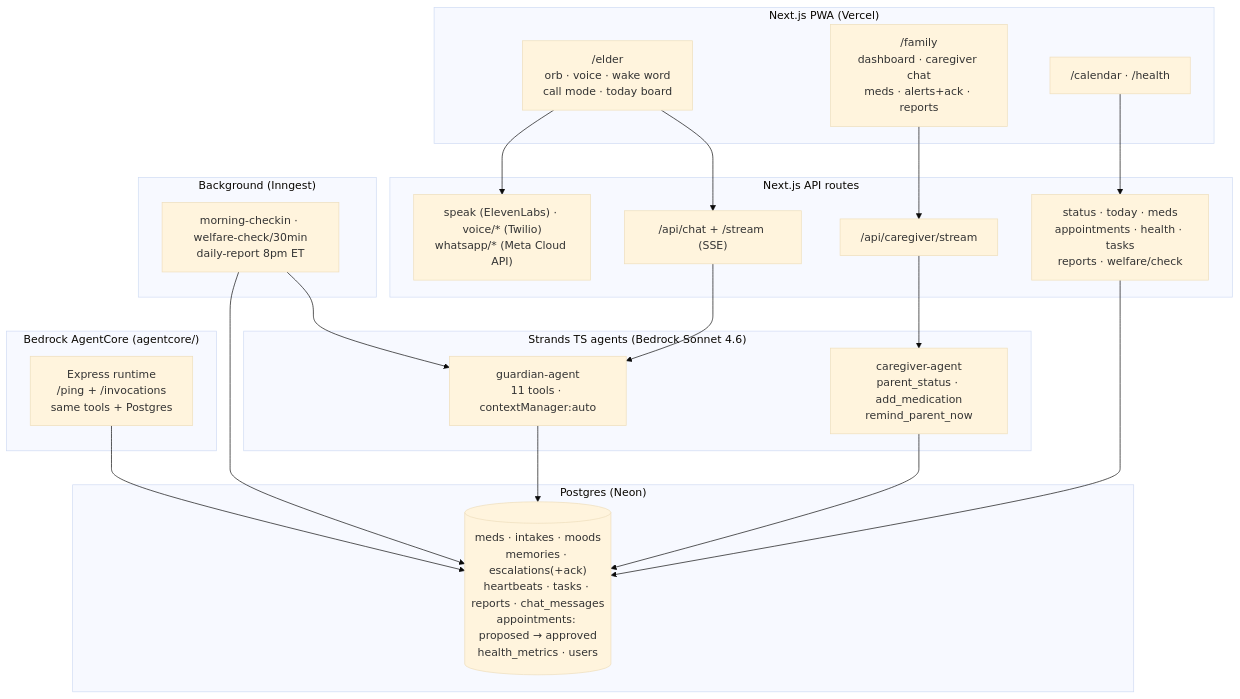
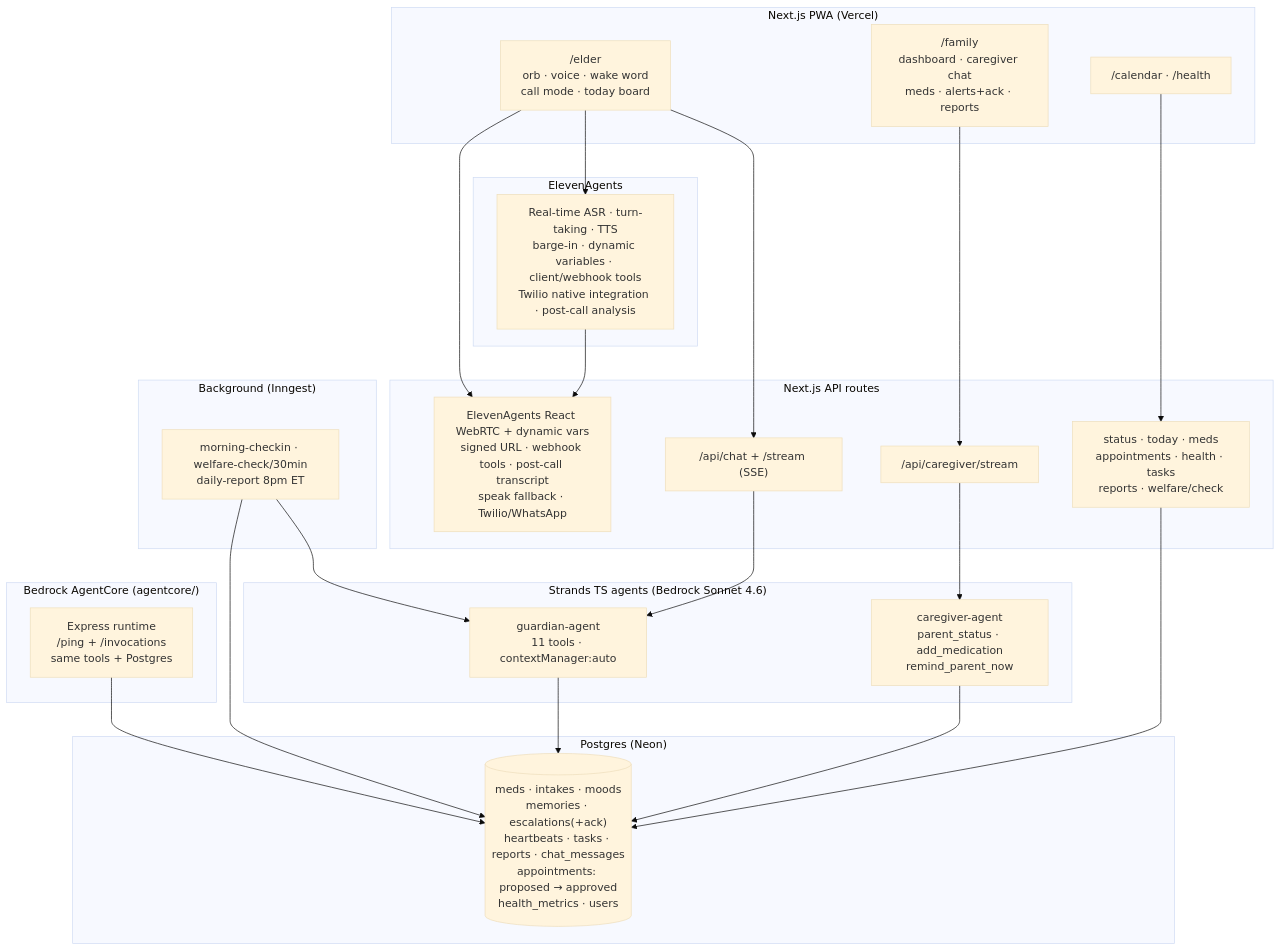
Before and after one commit to Garinmckayl/kinship: the diagram in ARCHITECTURE.md, drawn with Mermaid (base theme). The commit also changed other lines of this file and 13 other files, not shown here.

Commit message:
Integrate ElevenAgents live voice and safe tools

````diff
--- a/ARCHITECTURE.md
+++ b/ARCHITECTURE.md
@@ -3,45 +3,51 @@
 ```mermaid
 flowchart TB
     subgraph CLIENT["Next.js PWA (Vercel)"]
         E["/elder<br/>orb · voice · wake word<br/>call mode · today board"]
         F["/family<br/>dashboard · caregiver chat<br/>meds · alerts+ack · reports"]
         C["/calendar · /health"]
     end
 
     subgraph API["Next.js API routes"]
         CHAT["/api/chat + /stream (SSE)"]
         CG["/api/caregiver/stream"]
         REST["status · today · meds<br/>appointments · health · tasks<br/>reports · welfare/check"]
-        VOICE["speak (ElevenLabs) · voice/* (Twilio)<br/>whatsapp/* (Meta Cloud API)"]
+        VOICE["ElevenAgents React WebRTC + dynamic vars<br/>signed URL · webhook tools · post-call transcript<br/>speak fallback · Twilio/WhatsApp"]
+    end
+
+    subgraph ELEVEN["ElevenAgents"]
+        EL["Real-time ASR · turn-taking · TTS<br/>barge-in · dynamic variables · client/webhook tools<br/>Twilio native integration · post-call analysis"]
     end
 
     subgraph AGENTS["Strands TS agents (Bedrock Sonnet 4.6)"]
         G["guardian-agent<br/>11 tools · contextManager:auto"]
         CG2["caregiver-agent<br/>parent_status · add_medication<br/>remind_parent_now"]
     end
 
     subgraph DATA["Postgres (Neon)"]
         DB[("meds · intakes · moods<br/>memories · escalations(+ack)<br/>heartbeats · tasks · reports · chat_messages<br/>appointments: proposed → approved<br/>health_metrics · users")]
     end
 
     subgraph BG["Background (Inngest)"]
         CRON["morning-checkin · welfare-check/30min<br/>daily-report 8pm ET"]
     end
 
     subgraph AC["Bedrock AgentCore (agentcore/)"]
         RT["Express runtime<br/>/ping + /invocations<br/>same tools + Postgres"]
     end
 
     E --> CHAT
+    E --> EL
+    EL --> VOICE
     F --> CG
     C --> REST
     E --> VOICE
     CHAT --> G
     CG --> CG2
     REST --> DB
     G --> DB
     CG2 --> DB
     CRON --> G
     CRON --> DB
     RT --> DB
 ```
````
